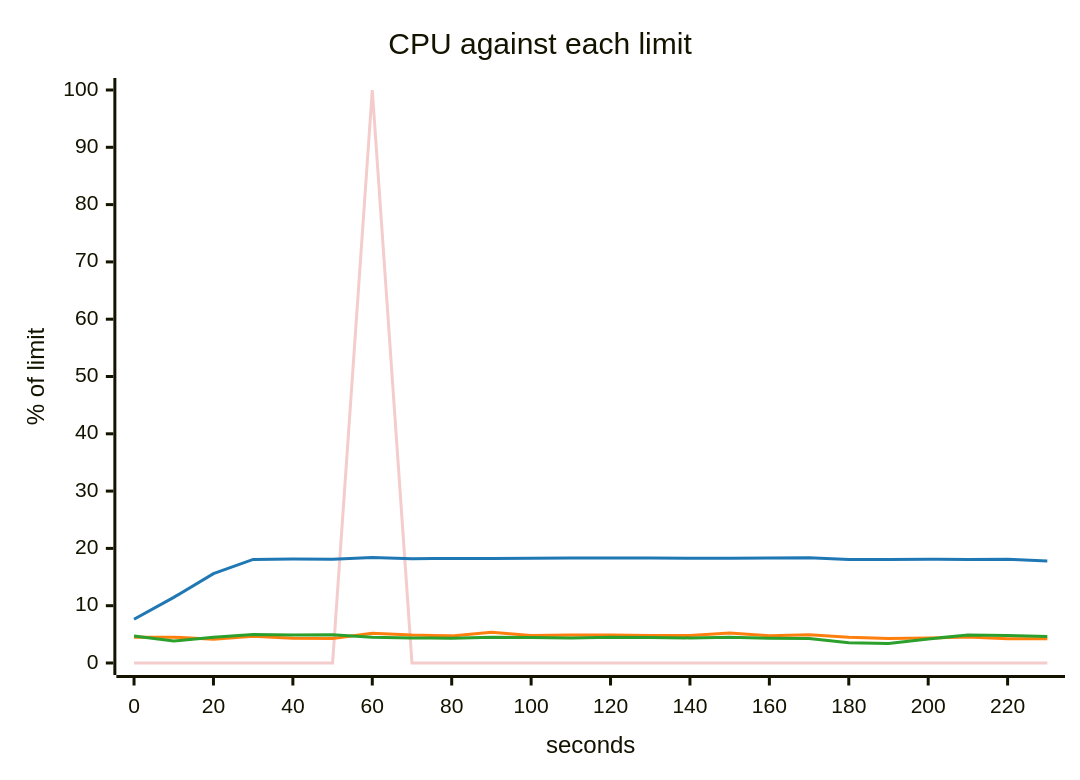
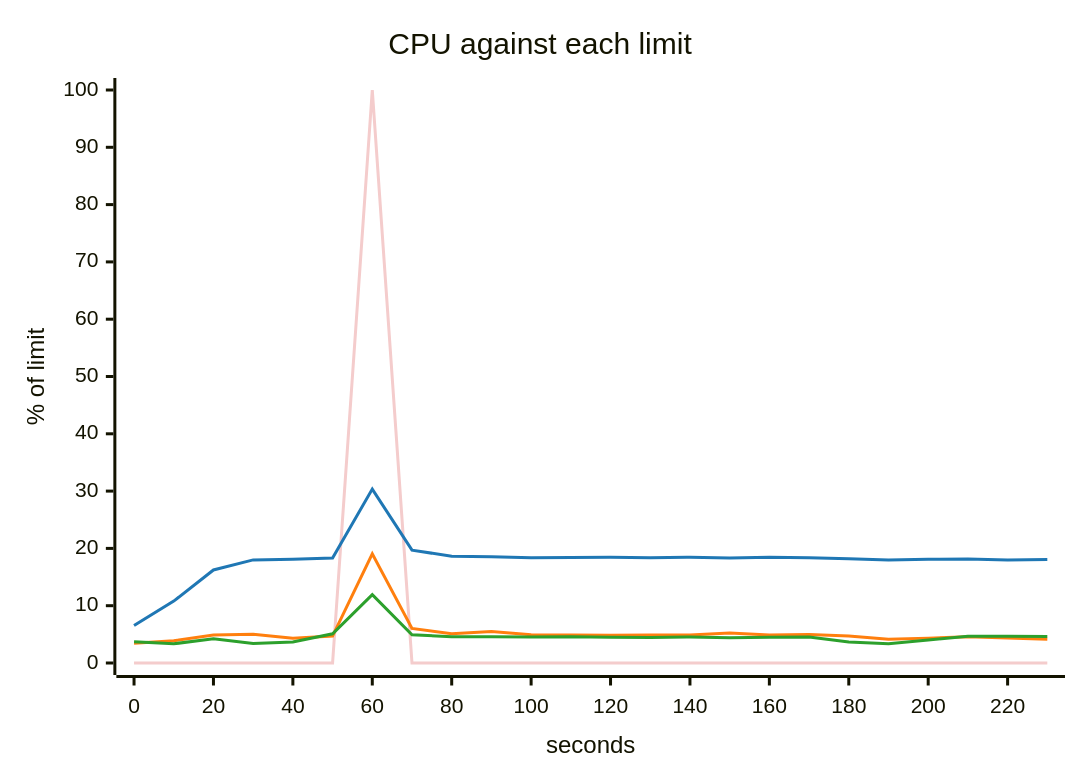
Before and after one commit to akinfemi/load-lore: the fifth of 5 diagrams in scenarios/slow-disk/solutions/more-connections/report.md, drawn with Mermaid. The commit also changed other lines of this file and 125 other files, not shown here.

````diff
--- a/scenarios/slow-disk/solutions/more-connections/report.md
+++ b/scenarios/slow-disk/solutions/more-connections/report.md
@@ -93,17 +93,17 @@
 ```mermaid
 ---
 config:
   themeVariables:
     xyChart:
       backgroundColor: "transparent"
       plotColorPalette: "#f4cccc, #1f77b4, #ff7f0e, #2ca02c"
 ---
 xychart-beta
     title "CPU against each limit"
     x-axis "seconds" 0 --> 230
     y-axis "% of limit" 0 --> 100
     line [0, 0, 0, 0, 0, 0, 100, 0, 0, 0, 0, 0, 0, 0, 0, 0, 0, 0, 0, 0, 0, 0, 0, 0]
-    line [7.644, 11.461, 15.604, 18.083, 18.138, 18.128, 18.394, 18.186, 18.256, 18.253, 18.262, 18.303, 18.31, 18.308, 18.295, 18.277, 18.335, 18.347, 18.078, 18.07, 18.096, 18.077, 18.086, 17.807]
-    line [4.497, 4.515, 4.138, 4.658, 4.327, 4.257, 5.171, 4.872, 4.734, 5.373, 4.812, 4.896, 4.871, 4.794, 4.807, 5.215, 4.741, 4.932, 4.475, 4.27, 4.345, 4.558, 4.232, 4.231]
-    line [4.728, 3.823, 4.505, 4.978, 4.883, 4.931, 4.488, 4.369, 4.337, 4.484, 4.436, 4.377, 4.512, 4.46, 4.377, 4.49, 4.337, 4.268, 3.519, 3.391, 4.196, 4.891, 4.793, 4.639]
+    line [6.549, 10.801, 16.231, 17.993, 18.128, 18.316, 30.352, 19.693, 18.637, 18.552, 18.384, 18.423, 18.463, 18.352, 18.476, 18.304, 18.442, 18.372, 18.214, 17.957, 18.116, 18.141, 17.976, 18.053]
+    line [3.449, 3.894, 4.883, 5, 4.327, 4.696, 19.044, 6.036, 5.12, 5.494, 4.932, 4.894, 4.858, 4.895, 4.882, 5.214, 4.877, 4.957, 4.721, 4.136, 4.341, 4.593, 4.379, 4.142]
+    line [3.715, 3.351, 4.239, 3.406, 3.67, 5.096, 11.928, 4.931, 4.582, 4.571, 4.532, 4.602, 4.508, 4.458, 4.525, 4.428, 4.506, 4.545, 3.661, 3.345, 4.02, 4.648, 4.66, 4.63]
 ```
````
